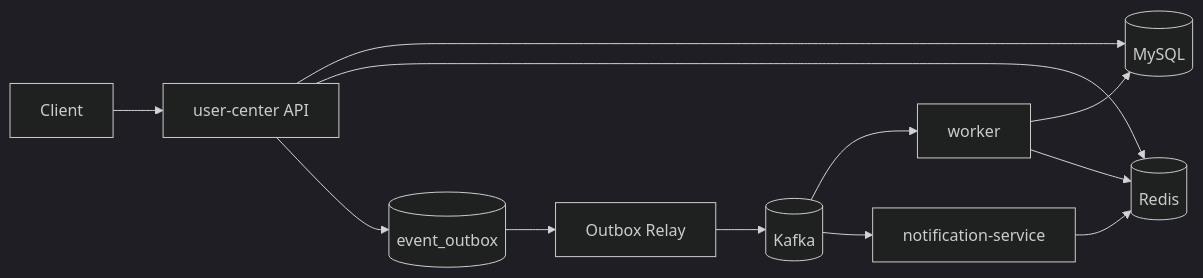
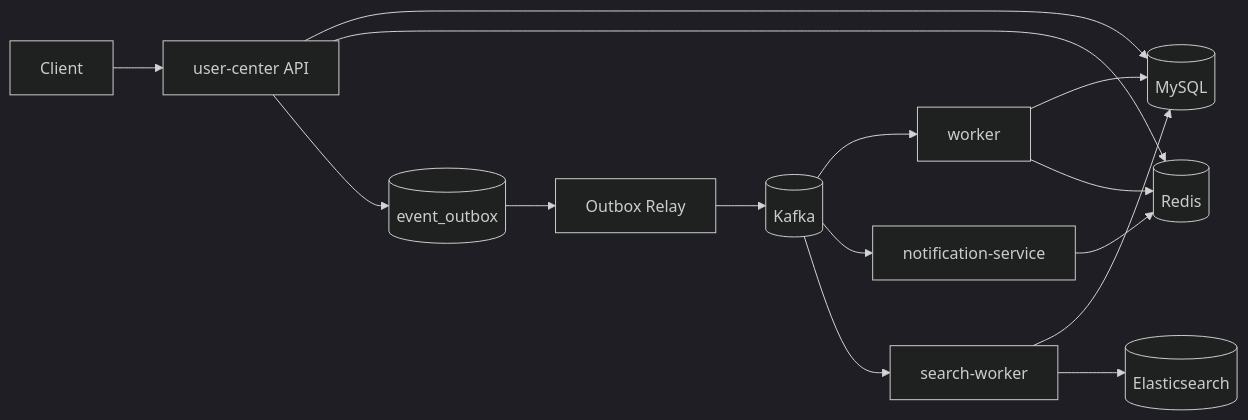
The diagram in README.md (Augustus-novem/User-center), drawn with Mermaid (dark theme) before and after one commit. The commit also changed other lines of this file and 2 other files, not shown here.

Commit message:
docs(m09): record search design verification and handoff

````diff
--- a/README.md
+++ b/README.md
@@ -26,14 +27,17 @@
 ```mermaid
 flowchart LR
     Client --> API[user-center API]
     API --> MySQL[(MySQL)]
     API --> Redis[(Redis)]
     API --> Outbox[(event_outbox)]
     Outbox --> Relay[Outbox Relay]
     Relay --> Kafka[(Kafka)]
     Kafka --> Worker[worker]
     Kafka --> Notification[notification-service]
+    Kafka --> SearchWorker[search-worker]
     Worker --> MySQL
     Worker --> Redis
     Notification --> Redis
+    SearchWorker --> MySQL
+    SearchWorker --> ES[(Elasticsearch)]
 ```
````
